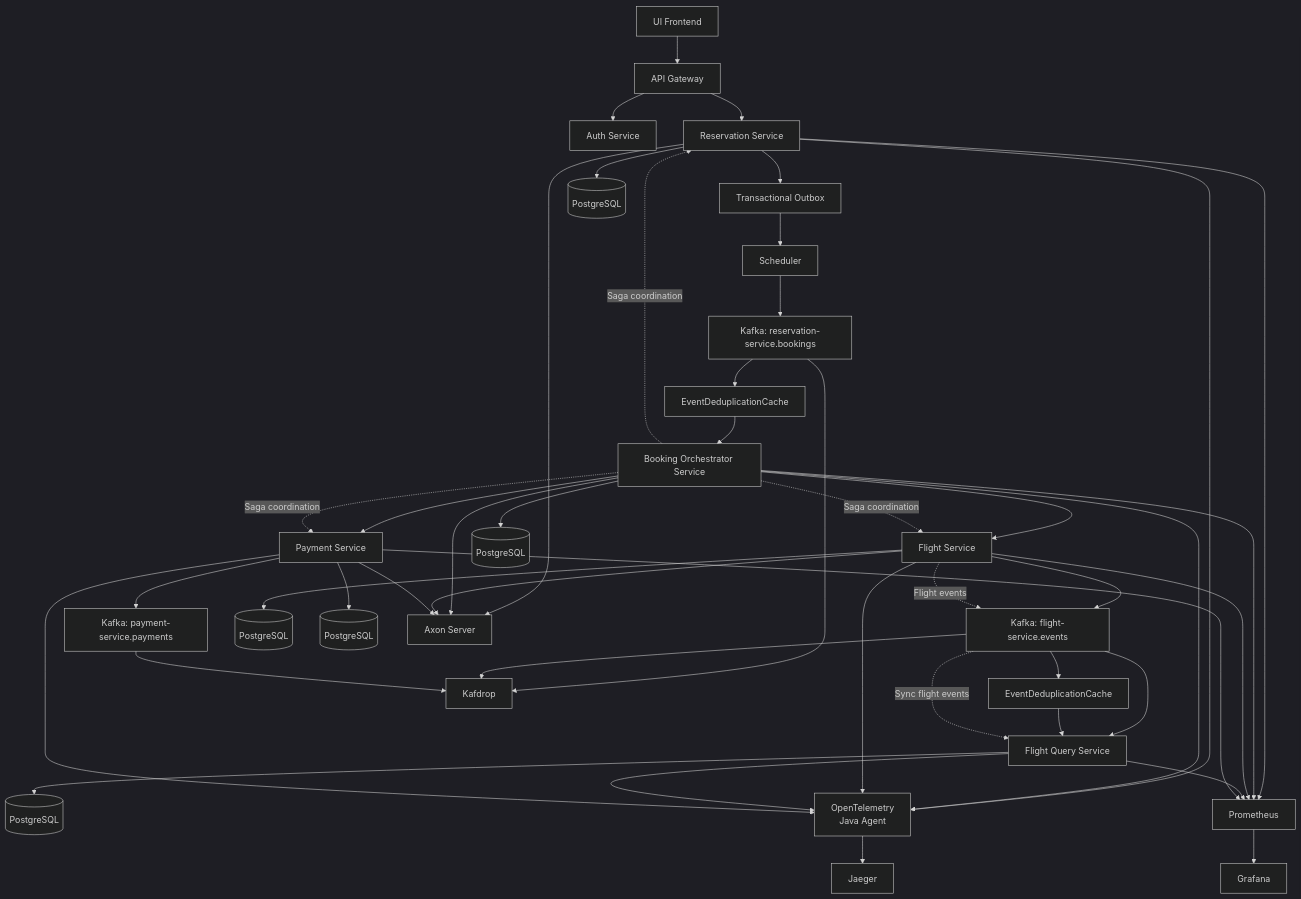
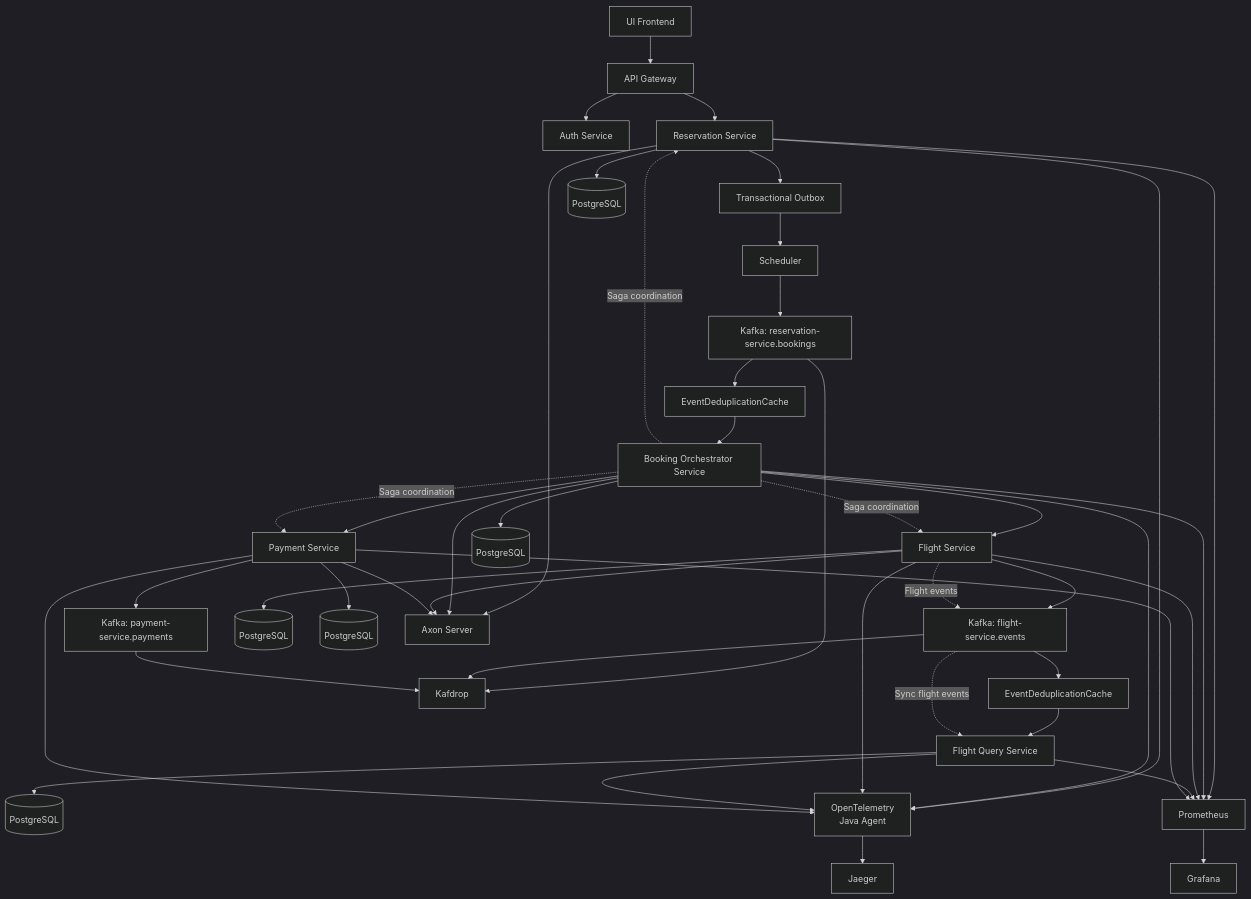
The diagram in design.mmd (vstebletsov89/spring-boot-microservices-saga), drawn with Mermaid (dark theme) before and after one commit.

```diff
--- a/design.mmd
+++ b/design.mmd
@@ -1,67 +1,65 @@
 graph TD
 UI[UI Frontend] --> GW[API Gateway]
 
 GW --> AUTH[Auth Service]
 GW --> RES[Reservation Service]
 
 RES --> TOB[Transactional Outbox]
 TOB --> SCH[Scheduler]
+
 SCH --> KAFKA_RES_TOPIC[Kafka: reservation-service.bookings]
-
 KAFKA_RES_TOPIC --> EDC1[EventDeduplicationCache]
 EDC1 --> ORC[Booking Orchestrator Service]
 
 ORC --> FLIGHT[Flight Service]
 ORC --> PAY[Payment Service]
 
 FLIGHT --> KAFKA_FLIGHT_TOPIC[Kafka: flight-service.events]
-KAFKA_FLIGHT_TOPIC --> FQ[Flight Query Service]
-
 KAFKA_FLIGHT_TOPIC --> EDC2[EventDeduplicationCache]
-EDC2 --> FQ
+EDC2 --> FQ[Flight Query Service]
 
 PAY --> KAFKA_PAYMENT_TOPIC[Kafka: payment-service.payments]
 
 %% Databases
 RES --> PGRES[(PostgreSQL)]
 ORC --> PGBOOK[(PostgreSQL)]
 FLIGHT --> PGFLIGHT[(PostgreSQL)]
 FQ --> PGQUERY[(PostgreSQL)]
 PAY --> PGPAY[(PostgreSQL)]
 
 %% Axon Server
 RES --> AXON[Axon Server]
 ORC --> AXON
 FLIGHT --> AXON
 PAY --> AXON
 
 %% Tracing
 RES --> OTEL[OpenTelemetry<br/>Java Agent]
 ORC --> OTEL
 FLIGHT --> OTEL
 FQ --> OTEL
 PAY --> OTEL
 
 %% Monitoring
 RES --> PROM[Prometheus]
 ORC --> PROM
 FLIGHT --> PROM
 FQ --> PROM
 PAY --> PROM
 PROM --> GRAF[Grafana]
 
 OTEL --> JAEGER[Jaeger]
 
 %% Kafka UI
 KAFKA_RES_TOPIC     --> KAFDROP[Kafdrop]
 KAFKA_FLIGHT_TOPIC  --> KAFDROP
 KAFKA_PAYMENT_TOPIC --> KAFDROP
 
 %% Saga Pattern
 ORC -.->|Saga coordination| FLIGHT
 ORC -.->|Saga coordination| PAY
 ORC -.->|Saga coordination| RES
 
 %% Event Flow
 FLIGHT -.->|Flight events| KAFKA_FLIGHT_TOPIC
 KAFKA_FLIGHT_TOPIC -.->|Sync flight events| FQ
```
